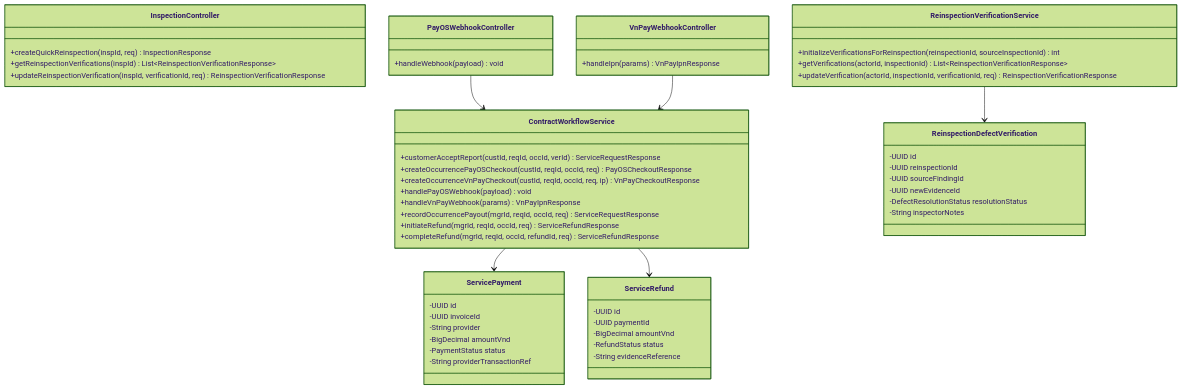
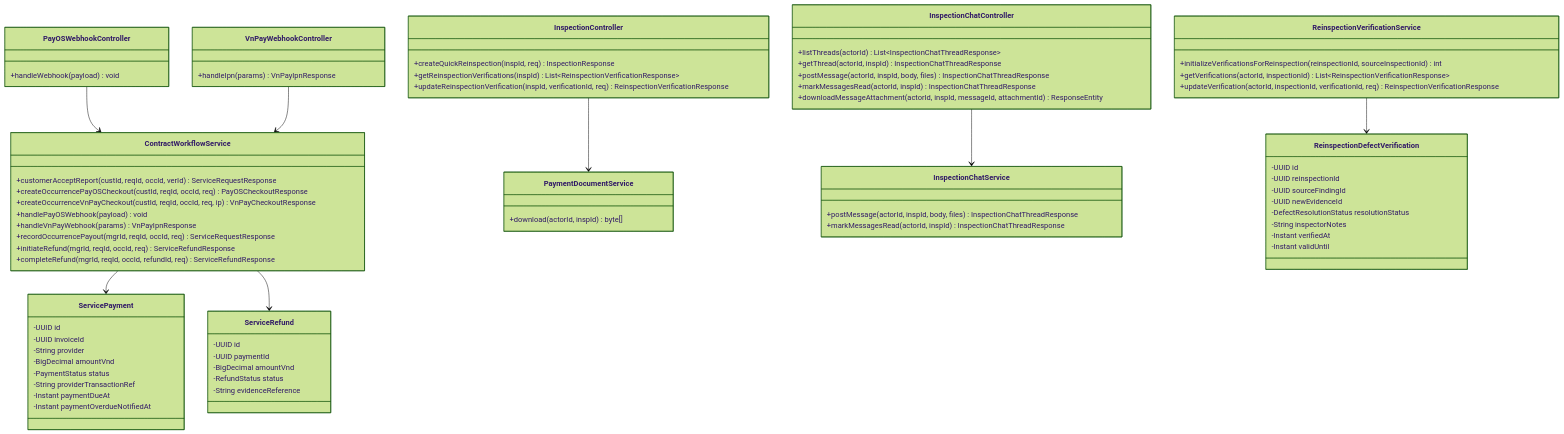
One commit to tungbach12/SmartDroneInspection-Docs changed diagram 20 of 21 in reports/report-4-software-design-document/03-detailed-design.md. Above: the diagram before and after it, drawn with Mermaid (forest theme). The commit also changed other lines of this file and 121 other files, not shown here.

````diff
--- a/reports/report-4-software-design-document/03-detailed-design.md
+++ b/reports/report-4-software-design-document/03-detailed-design.md
@@ -1046,58 +1116,78 @@
 ```mermaid
 %% title: FE-08 Customer Acceptance, Payment Settlement and Re-inspection Class Diagram
 classDiagram
   class InspectionController {
     +createQuickReinspection(inspId, req) InspectionResponse
     +getReinspectionVerifications(inspId) List~ReinspectionVerificationResponse~
     +updateReinspectionVerification(inspId, verificationId, req) ReinspectionVerificationResponse
   }
   class ContractWorkflowService {
     +customerAcceptReport(custId, reqId, occId, verId) ServiceRequestResponse
     +createOccurrencePayOSCheckout(custId, reqId, occId, req) PayOSCheckoutResponse
     +createOccurrenceVnPayCheckout(custId, reqId, occId, req, ip) VnPayCheckoutResponse
     +handlePayOSWebhook(payload) void
     +handleVnPayWebhook(params) VnPayIpnResponse
     +recordOccurrencePayout(mgrId, reqId, occId, req) ServiceRequestResponse
     +initiateRefund(mgrId, reqId, occId, req) ServiceRefundResponse
     +completeRefund(mgrId, reqId, occId, refundId, req) ServiceRefundResponse
   }
   class ReinspectionVerificationService {
     +initializeVerificationsForReinspection(reinspectionId, sourceInspectionId) int
     +getVerifications(actorId, inspectionId) List~ReinspectionVerificationResponse~
     +updateVerification(actorId, inspectionId, verificationId, req) ReinspectionVerificationResponse
   }
   class PayOSWebhookController {
     +handleWebhook(payload) void
   }
   class VnPayWebhookController {
     +handleIpn(params) VnPayIpnResponse
   }
+  class PaymentDocumentService {
+    +download(actorId, inspId) byte[]
+  }
+  class InspectionChatController {
+    +listThreads(actorId) List~InspectionChatThreadResponse~
+    +getThread(actorId, inspId) InspectionChatThreadResponse
+    +postMessage(actorId, inspId, body, files) InspectionChatThreadResponse
+    +markMessagesRead(actorId, inspId) InspectionChatThreadResponse
+    +downloadMessageAttachment(actorId, inspId, messageId, attachmentId) ResponseEntity
+  }
+  class InspectionChatService {
+    +postMessage(actorId, inspId, body, files) InspectionChatThreadResponse
+    +markMessagesRead(actorId, inspId) InspectionChatThreadResponse
+  }
   class ServicePayment {
     -UUID id
     -UUID invoiceId
     -String provider
     -BigDecimal amountVnd
     -PaymentStatus status
     -String providerTransactionRef
+    -Instant paymentDueAt
+    -Instant paymentOverdueNotifiedAt
   }
   class ServiceRefund {
     -UUID id
     -UUID paymentId
     -BigDecimal amountVnd
     -RefundStatus status
     -String evidenceReference
   }
   class ReinspectionDefectVerification {
     -UUID id
     -UUID reinspectionId
     -UUID sourceFindingId
     -UUID newEvidenceId
     -DefectResolutionStatus resolutionStatus
     -String inspectorNotes
+    -Instant verifiedAt
+    -Instant validUntil
   }
   ContractWorkflowService --> ServicePayment
   ContractWorkflowService --> ServiceRefund
   PayOSWebhookController --> ContractWorkflowService
   VnPayWebhookController --> ContractWorkflowService
+  InspectionController --> PaymentDocumentService
+  InspectionChatController --> InspectionChatService
   ReinspectionVerificationService --> ReinspectionDefectVerification
 ```
````
